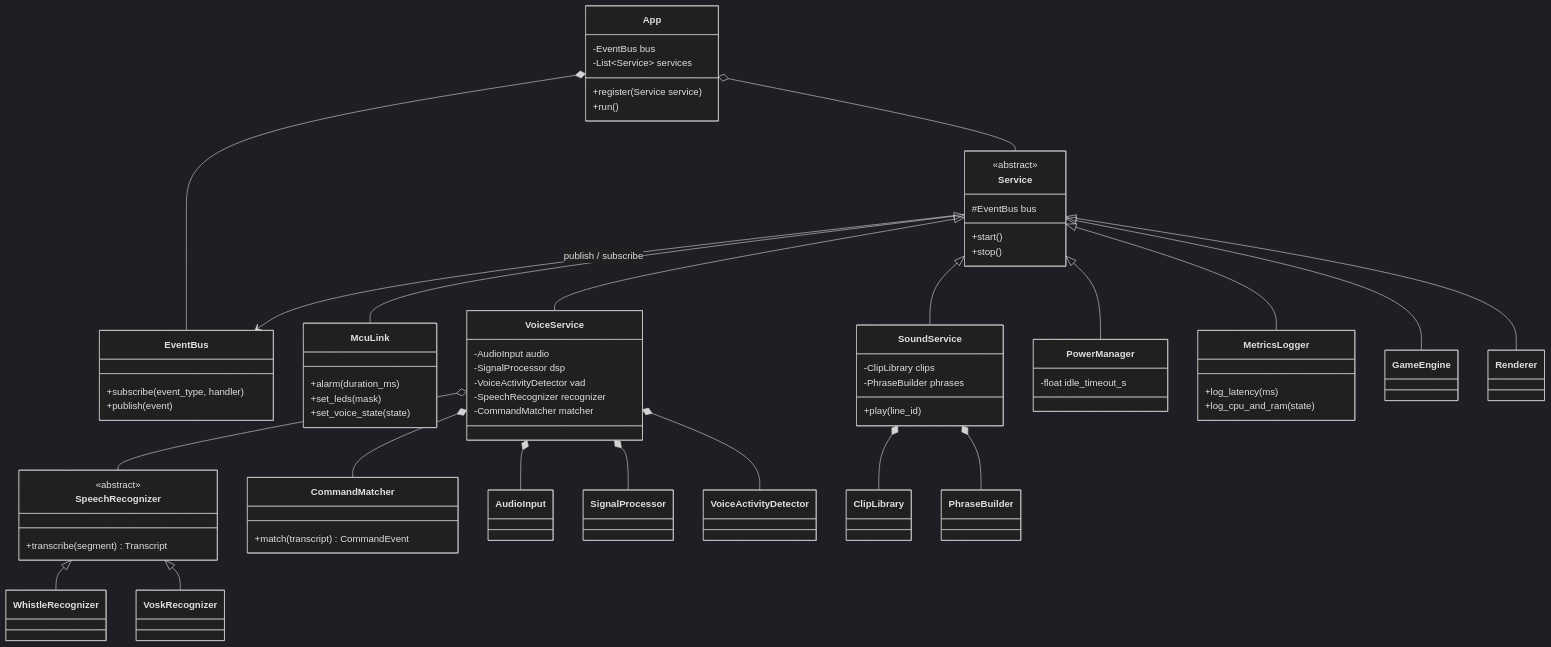
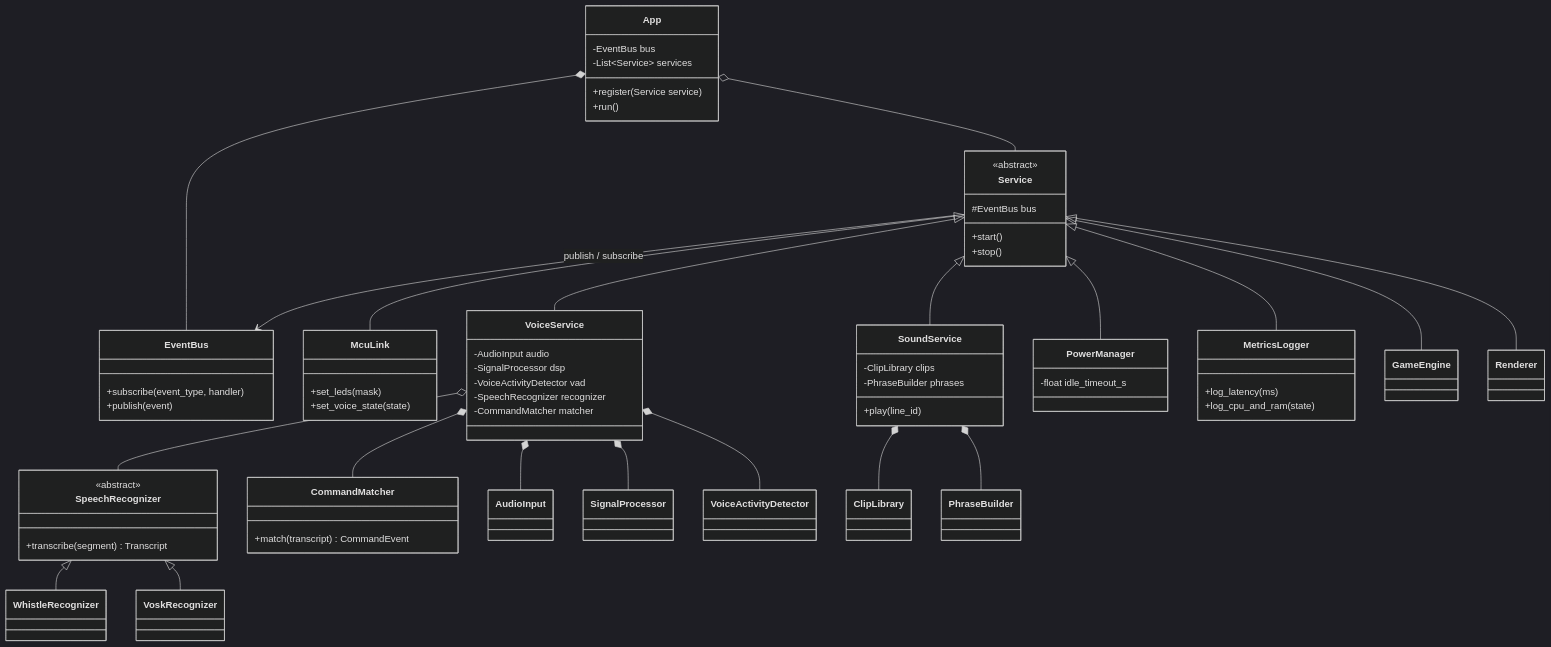
The third of 4 diagrams in PLAN.md (JustCodeX/steadyHands), drawn with Mermaid (dark theme) before and after one commit. The commit also changed other lines of this file and 19 other files, not shown here.

````diff
--- a/PLAN.md
+++ b/PLAN.md
@@ -245,70 +240,69 @@
 ```mermaid
 classDiagram
   direction TB
   class App {
     -EventBus bus
     -List~Service~ services
     +register(Service service)
     +run()
   }
   class EventBus {
     +subscribe(event_type, handler)
     +publish(event)
   }
   class Service {
     <<abstract>>
     #EventBus bus
     +start()
     +stop()
   }
   class McuLink {
-    +alarm(duration_ms)
     +set_leds(mask)
     +set_voice_state(state)
   }
   class VoiceService {
     -AudioInput audio
     -SignalProcessor dsp
     -VoiceActivityDetector vad
     -SpeechRecognizer recognizer
     -CommandMatcher matcher
   }
   class SpeechRecognizer {
     <<abstract>>
     +transcribe(segment) Transcript
   }
   class CommandMatcher {
     +match(transcript) CommandEvent
   }
   class SoundService {
     -ClipLibrary clips
     -PhraseBuilder phrases
     +play(line_id)
   }
   class PowerManager {
     -float idle_timeout_s
   }
   class MetricsLogger {
     +log_latency(ms)
     +log_cpu_and_ram(state)
   }
   App o-- Service
   App *-- EventBus
   Service --> EventBus : publish / subscribe
   Service <|-- McuLink
   Service <|-- VoiceService
   Service <|-- GameEngine
   Service <|-- SoundService
   Service <|-- Renderer
   Service <|-- PowerManager
   Service <|-- MetricsLogger
   VoiceService *-- AudioInput
   VoiceService *-- SignalProcessor
   VoiceService *-- VoiceActivityDetector
   VoiceService o-- SpeechRecognizer
   VoiceService *-- CommandMatcher
   SpeechRecognizer <|-- WhistleRecognizer
   SpeechRecognizer <|-- VoskRecognizer
   SoundService *-- ClipLibrary
   SoundService *-- PhraseBuilder
 ```
````
